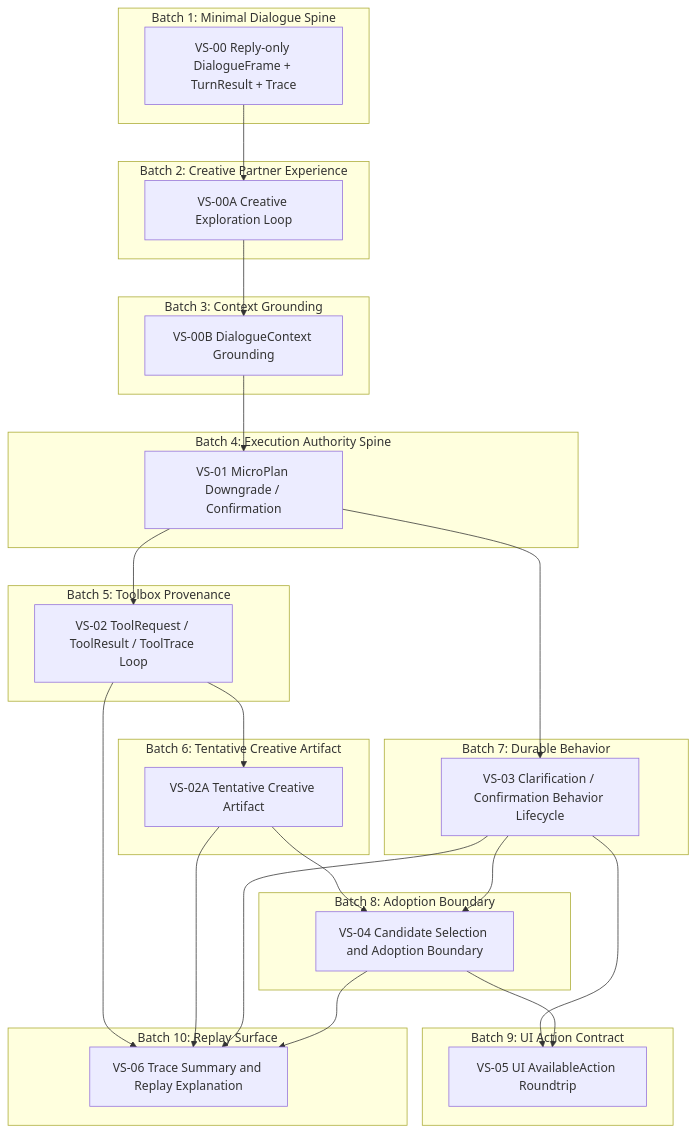
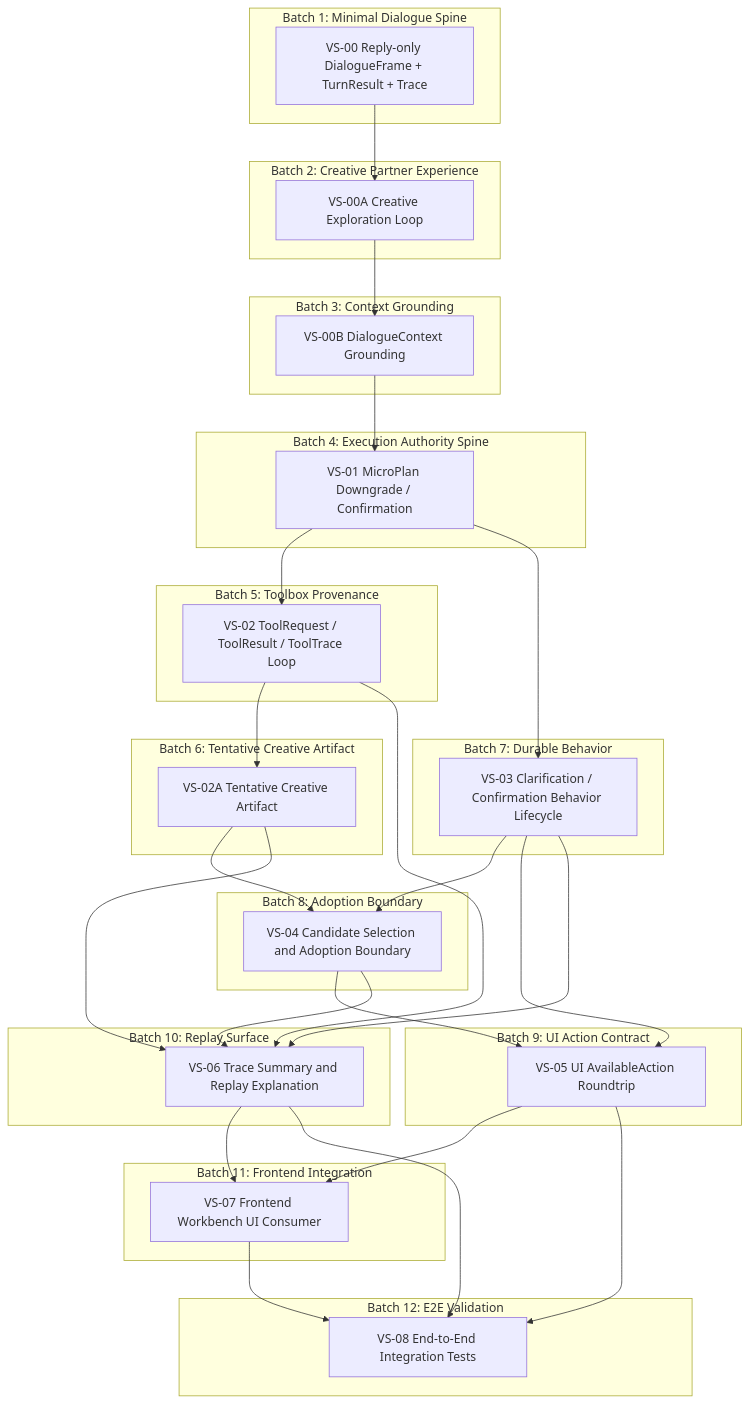
Before and after one commit to tongsh6/ai-novel-studio: the diagram in tasks/slices/v3/DAG.md, drawn with Mermaid. The commit also changed other lines of this file and 3 other files, not shown here.

````diff
--- a/tasks/slices/v3/DAG.md
+++ b/tasks/slices/v3/DAG.md
@@ -11,57 +11,70 @@
 ```mermaid
 flowchart TD
   subgraph Batch1["Batch 1: Minimal Dialogue Spine"]
     VS00["VS-00 Reply-only DialogueFrame + TurnResult + Trace"]
   end
 
   subgraph Batch2["Batch 2: Creative Partner Experience"]
     VS00A["VS-00A Creative Exploration Loop"]
   end
 
   subgraph Batch3["Batch 3: Context Grounding"]
     VS00B["VS-00B DialogueContext Grounding"]
   end
 
   subgraph Batch4["Batch 4: Execution Authority Spine"]
     VS01["VS-01 MicroPlan Downgrade / Confirmation"]
   end
 
   subgraph Batch5["Batch 5: Toolbox Provenance"]
     VS02["VS-02 ToolRequest / ToolResult / ToolTrace Loop"]
   end
 
   subgraph Batch6["Batch 6: Tentative Creative Artifact"]
     VS02A["VS-02A Tentative Creative Artifact"]
   end
 
   subgraph Batch7["Batch 7: Durable Behavior"]
     VS03["VS-03 Clarification / Confirmation Behavior Lifecycle"]
   end
 
   subgraph Batch8["Batch 8: Adoption Boundary"]
     VS04["VS-04 Candidate Selection and Adoption Boundary"]
   end
 
   subgraph Batch9["Batch 9: UI Action Contract"]
     VS05["VS-05 UI AvailableAction Roundtrip"]
   end
 
   subgraph Batch10["Batch 10: Replay Surface"]
     VS06["VS-06 Trace Summary and Replay Explanation"]
   end
 
+  subgraph Batch11["Batch 11: Frontend Integration"]
+    VS07["VS-07 Frontend Workbench UI Consumer"]
+  end
+
+  subgraph Batch12["Batch 12: E2E Validation"]
+    VS08["VS-08 End-to-End Integration Tests"]
+  end
+
   VS00 --> VS00A
   VS00A --> VS00B
   VS00B --> VS01
   VS01 --> VS02
   VS01 --> VS03
   VS02 --> VS02A
   VS02A --> VS04
   VS03 --> VS04
   VS03 --> VS05
   VS04 --> VS05
   VS02 --> VS06
   VS02A --> VS06
   VS03 --> VS06
   VS04 --> VS06
+  VS05 --> VS07
+  VS06 --> VS07
+  VS05 --> VS08
+  VS06 --> VS08
+  VS07 --> VS08
 ```
````
